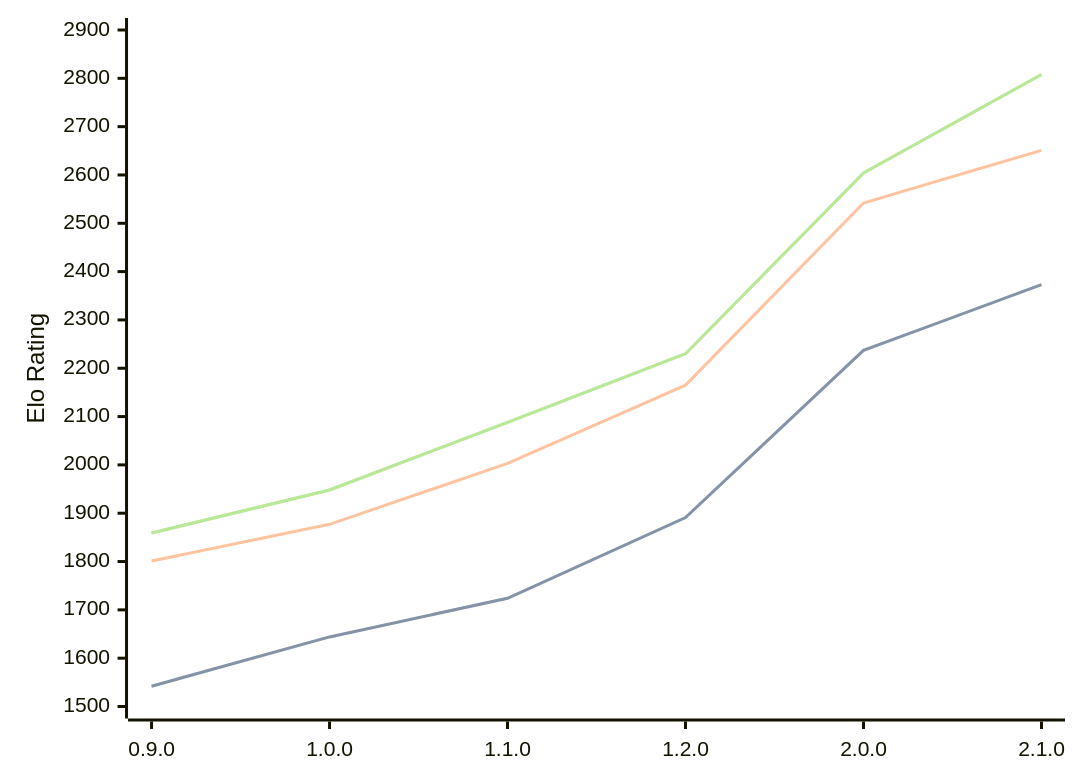
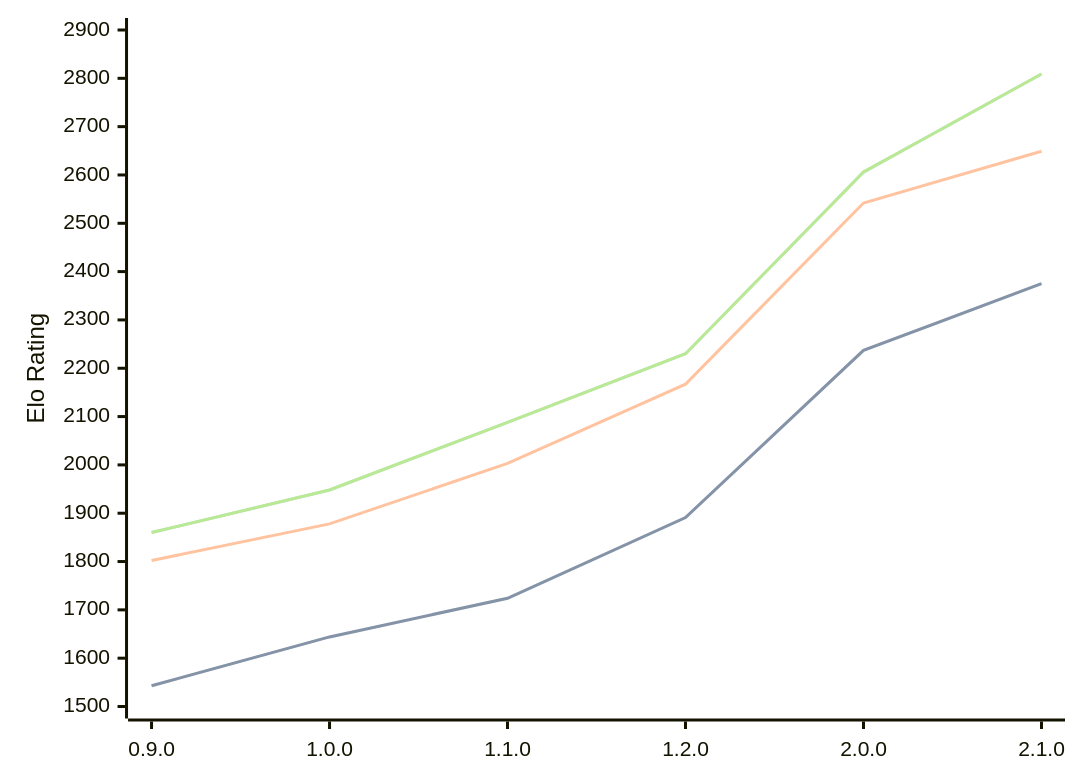
Before and after one commit to computer-chess-index/cci: the diagram in engines/Ratsu.md, drawn with Mermaid. The commit also changed other lines of this file, not shown here.

Commit message:
Update CCI Ratings (ELO VLTC) - 2026-08-21

````diff
--- a/engines/Ratsu.md
+++ b/engines/Ratsu.md
@@ -36,11 +36,11 @@
 ```mermaid
 %%{init: {"theme":"base","themeVariables":{"seriesColors:['#a3a3a3','#222221','#faa371']}}}%%
 xychart-beta
   x-axis ["0.9.0", "1.0.0", "1.1.0", "1.2.0", "2.0.0", "2.1.0"]
   y-axis "Elo Rating" 1500 --> 2900
-  line "STC (8.0+0.08s)" [1542, 1644, 1724, 1891, 2237, 2373]
-  line "STC (8.0+0.08s)" [1542, 1644, 1724, 1891, 2237, 2373]
-  line "LTC (60.0+0.60s)" [1801, 1877, 2003, 2165, 2542, 2651]
-  line "VLTC (2m24s+1.12s)" [1859, 1948, 2088, 2230, 2604, 2808]
-  line "VLTC (2m24s+1.12s)" [1859, 1948, 2088, 2230, 2604, 2808]
+  line "STC (8.0+0.08s)" [1543, 1644, 1724, 1891, 2237, 2375]
+  line "STC (8.0+0.08s)" [1543, 1644, 1724, 1891, 2237, 2375]
+  line "LTC (60.0+0.60s)" [1802, 1878, 2003, 2167, 2542, 2649]
+  line "VLTC (2m24s+1.12s)" [1860, 1948, 2088, 2230, 2606, 2809]
+  line "VLTC (2m24s+1.12s)" [1860, 1948, 2088, 2230, 2606, 2809]
 ```
````
